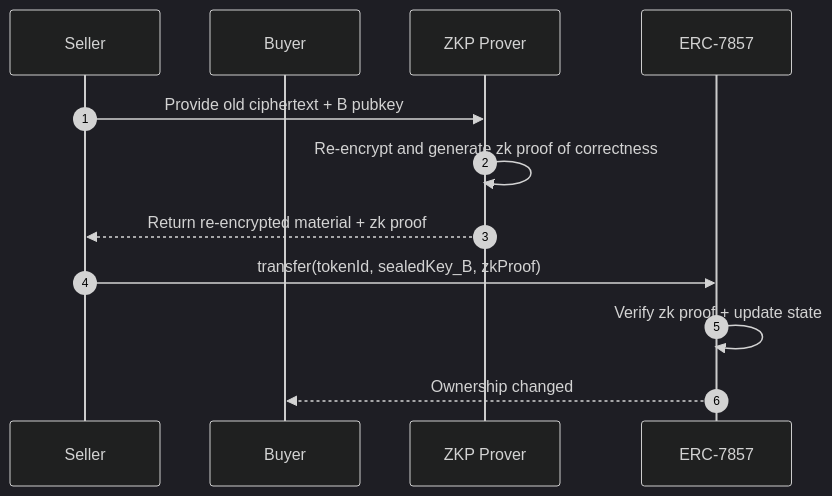
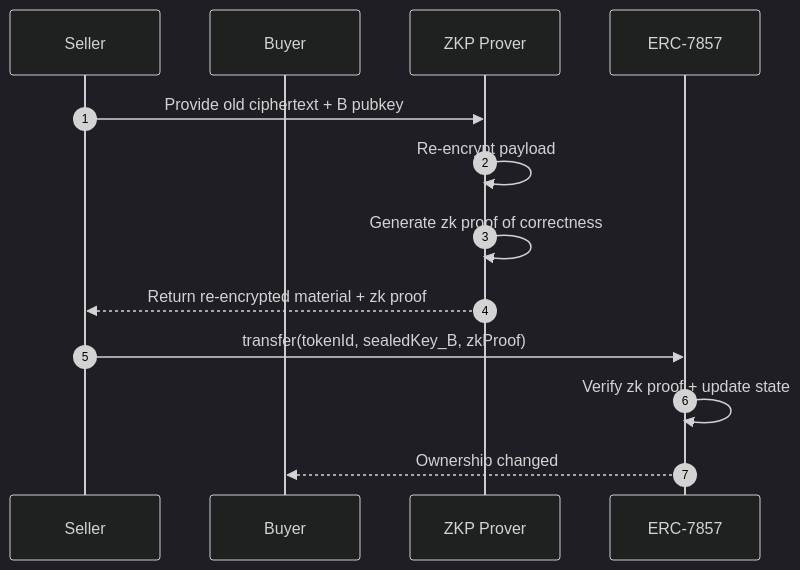
The fifth of 5 diagrams in architecture.md (Marcussy34/0g-INFT), drawn with Mermaid (dark theme) before and after one commit. The commit also changed other lines of this file, not shown here.

````diff
--- a/architecture.md
+++ b/architecture.md
@@ -106,15 +108,16 @@
 ```mermaid
 sequenceDiagram
   autonumber
   participant A as Seller
   participant B as Buyer
   participant Prover as ZKP Prover
   participant C as ERC-7857
 
   A->>Prover: Provide old ciphertext + B pubkey
-  Prover->>Prover: Re-encrypt and generate zk proof of correctness
+  Prover->>Prover: Re-encrypt payload
+  Prover->>Prover: Generate zk proof of correctness
   Prover-->>A: Return re-encrypted material + zk proof
   A->>C: transfer(tokenId, sealedKey_B, zkProof)
   C->>C: Verify zk proof + update state
   C-->>B: Ownership changed
 ```
````
